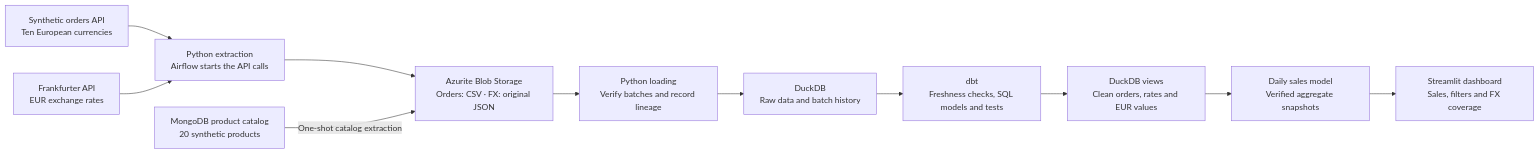
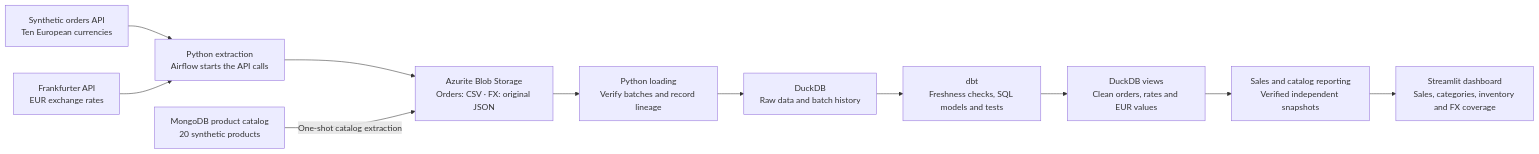
One commit to ungvari-tomi/tomi-platform changed the first of 3 diagrams in README.md. Above: the diagram before and after it, drawn with Mermaid. The commit also changed other lines of this file and 26 other files, not shown here.

Commit message:
Add catalog and inventory dashboard reporting

````diff
--- a/README.md
+++ b/README.md
@@ -16,20 +16,20 @@
 ```mermaid
 flowchart LR
     Orders["Synthetic orders API<br/>Ten European currencies"]
     FX["Frankfurter API<br/>EUR exchange rates"]
     Extract["Python extraction<br/>Airflow starts the API calls"]
     Blob["Azurite Blob Storage<br/>Orders: CSV · FX: original JSON"]
     Load["Python loading<br/>Verify batches and record lineage"]
     Raw["DuckDB<br/>Raw data and batch history"]
     Dbt["dbt<br/>Freshness checks, SQL models and tests"]
     Analytics["DuckDB views<br/>Clean orders, rates and EUR values"]
-    Reporting["Daily sales model<br/>Verified aggregate snapshots"]
-    Dashboard["Streamlit dashboard<br/>Sales, filters and FX coverage"]
+    Reporting["Sales and catalog reporting<br/>Verified independent snapshots"]
+    Dashboard["Streamlit dashboard<br/>Sales, categories, inventory and FX coverage"]
     Catalog["MongoDB product catalog<br/>20 synthetic products"]
 
     Orders --> Extract
     FX --> Extract
     Extract --> Blob --> Load --> Raw --> Dbt --> Analytics
     Analytics --> Reporting --> Dashboard
     Catalog -->|One-shot catalog extraction| Blob
 ```
````
